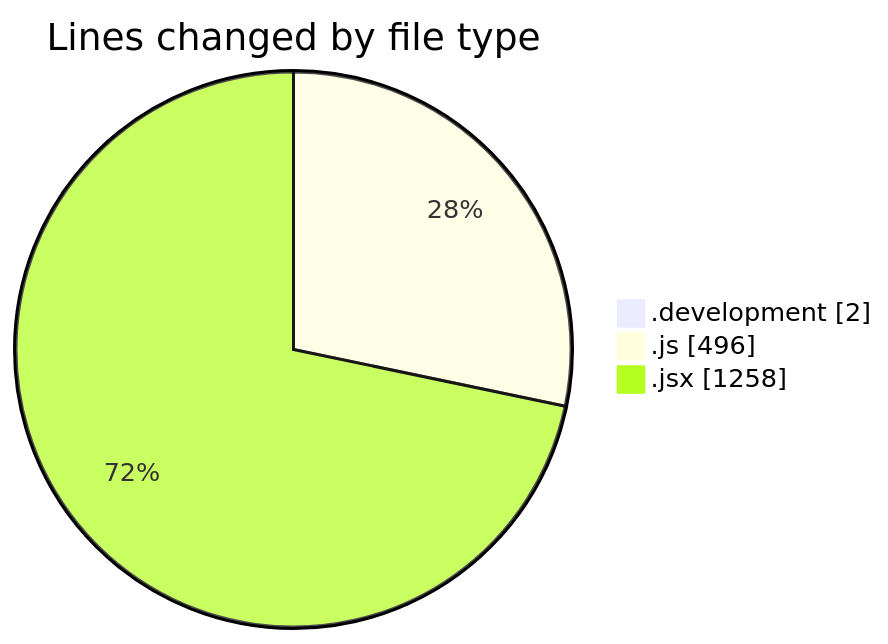
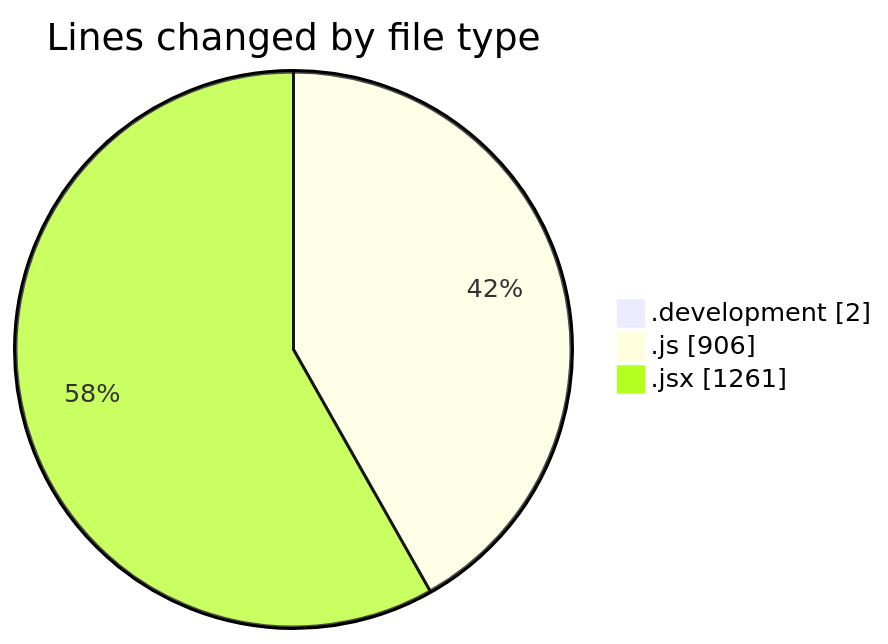
The first of 2 diagrams in 2025-11-10/nxtqube_webapp/README.md (nxtqubesakshisongat/code-tracking), drawn with Mermaid before and after one commit. The commit also changed other lines of this file and 1 other file, not shown here.

````diff
--- a/2025-11-10/nxtqube_webapp/README.md
+++ b/2025-11-10/nxtqube_webapp/README.md
@@ -28,7 +29,7 @@
 ```mermaid
 pie showData
 title Lines changed by file type
 ".development" : 2
-".js" : 496
-".jsx" : 1258
+".js" : 906
+".jsx" : 1261
 ```
````
